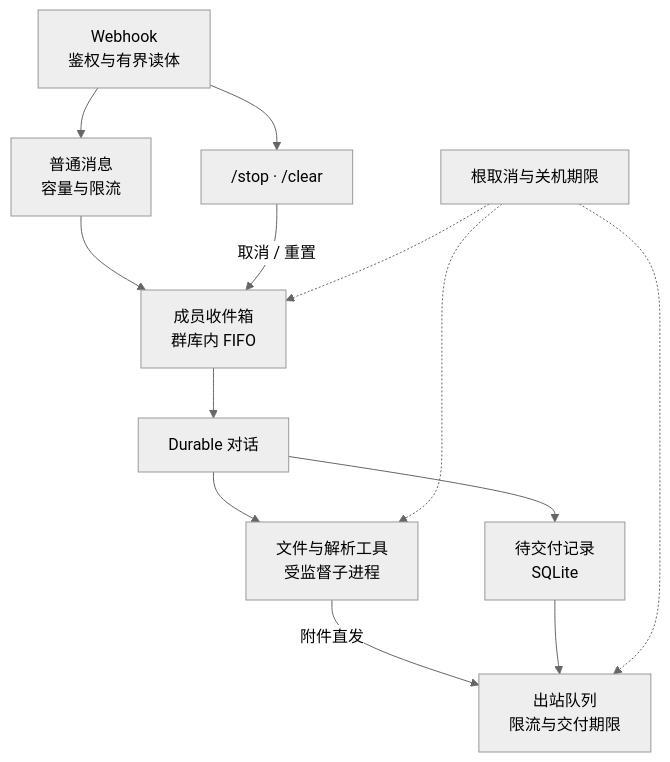
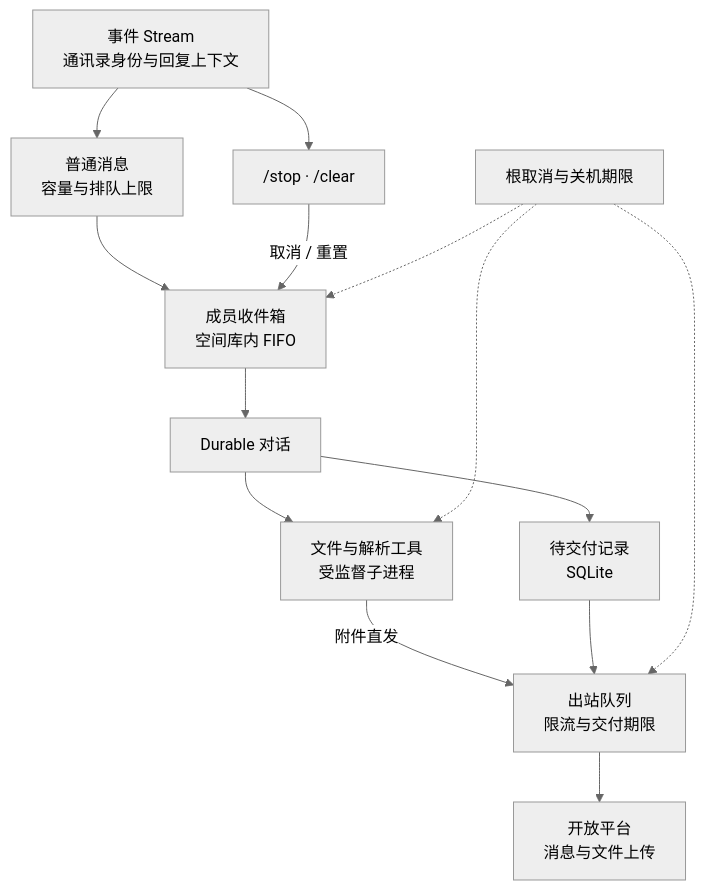
The diagram in docs/development.md (jaykwok/mixin-chatbot), drawn with Mermaid (neutral theme) before and after one commit. The commit also changed other lines of this file and 375 other files, not shown here.

````diff
--- a/docs/development.md
+++ b/docs/development.md
@@ -13,15 +13,16 @@
 ```mermaid
 flowchart TD
-  W["Webhook<br/>鉴权与有界读体"] --> A["普通消息<br/>容量与限流"]
+  W["事件 Stream<br/>通讯录身份与回复上下文"] --> A["普通消息<br/>容量与排队上限"]
   W --> C["/stop · /clear"]
-  A --> Q["成员收件箱<br/>群库内 FIFO"]
+  A --> Q["成员收件箱<br/>空间库内 FIFO"]
   C -->|取消 / 重置| Q
   Q --> P["Durable 对话"]
   P --> T["文件与解析工具<br/>受监督子进程"]
   P --> D["待交付记录<br/>SQLite"]
   T -->|附件直发| I["出站队列<br/>限流与交付期限"]
   D --> I
+  I --> O["开放平台<br/>消息与文件上传"]
   R["根取消与关机期限"] -.-> Q
   R -.-> T
   R -.-> I
 ```
````
